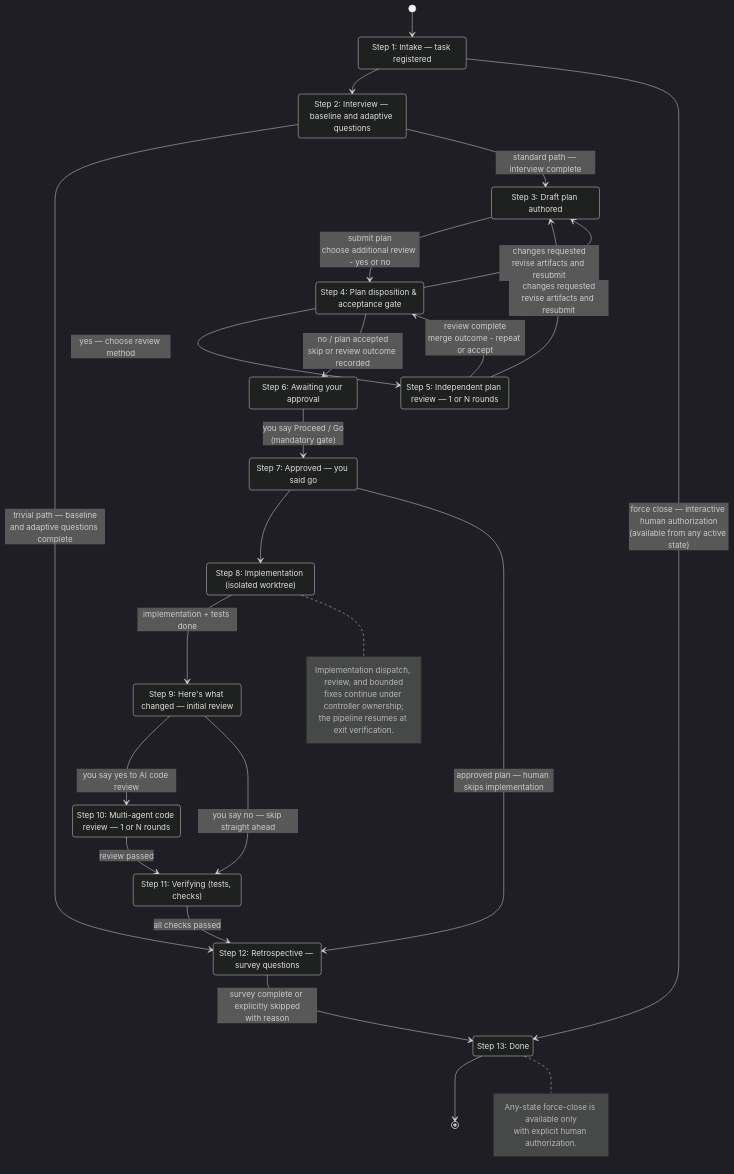
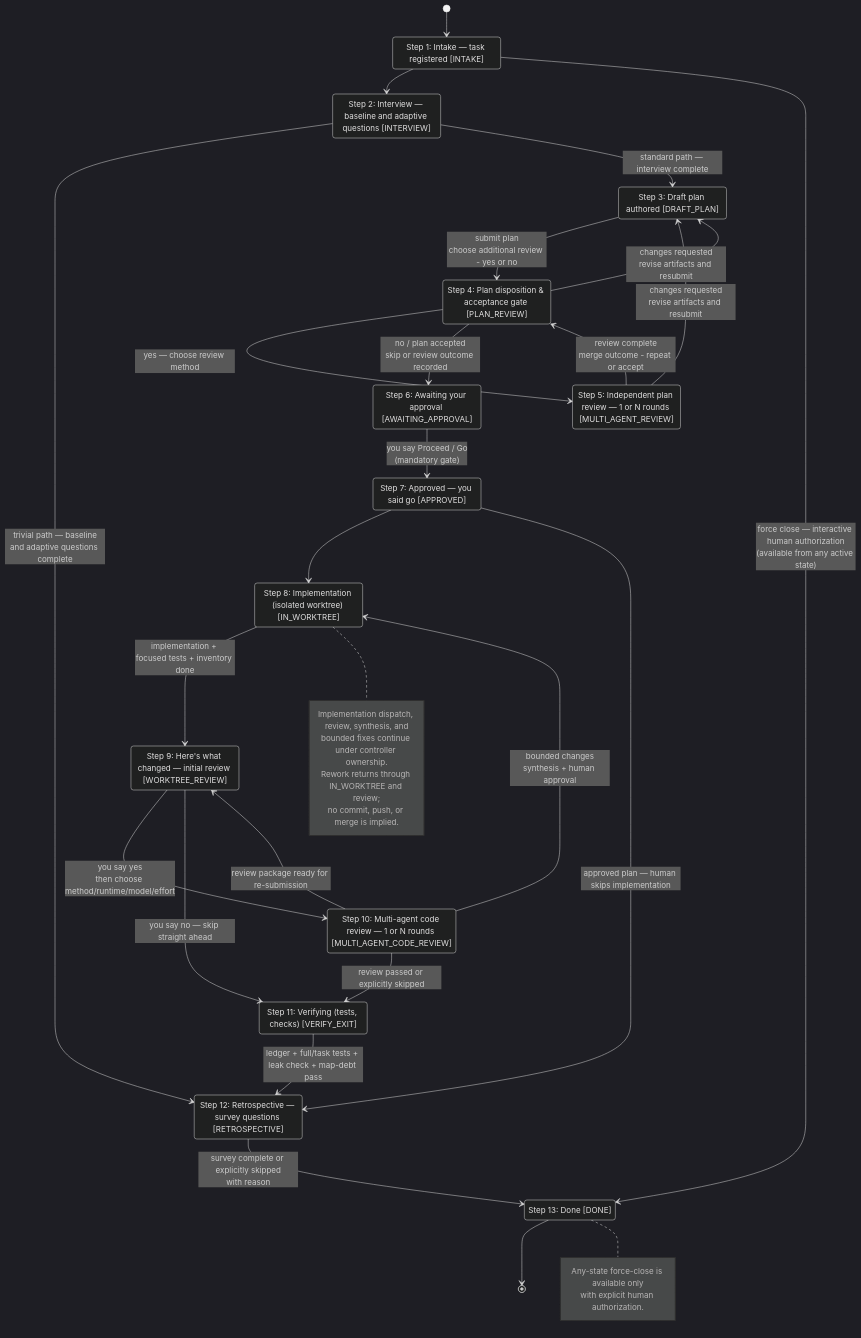
Before and after one commit to richfrem/agent-plugins-skills: the diagram in docs/diagrams/control-plane-pipeline-happy-path.mermaid, drawn with Mermaid (dark theme). The commit also changed 66 other files, not shown here.

```diff
--- a/docs/diagrams/control-plane-pipeline-happy-path.mermaid
+++ b/docs/diagrams/control-plane-pipeline-happy-path.mermaid
@@ -1,47 +1,50 @@
 stateDiagram-v2
-    state "Step 1: Intake — task registered" as INTAKE
-    state "Step 2: Interview — baseline and adaptive questions" as INTERVIEW
-    state "Step 3: Draft plan authored" as DRAFT_PLAN
-    state "Step 4: Plan disposition & acceptance gate" as PLAN_REVIEW
-    state "Step 5: Independent plan review — 1 or N rounds" as MULTI_AGENT_REVIEW
-    state "Step 6: Awaiting your approval" as AWAITING_APPROVAL
-    state "Step 7: Approved — you said go" as APPROVED
-    state "Step 8: Implementation (isolated worktree)" as IN_WORKTREE
-    state "Step 9: Here's what changed — initial review" as WORKTREE_REVIEW
-    state "Step 10: Multi-agent code review — 1 or N rounds" as MULTI_AGENT_CODE_REVIEW
-    state "Step 11: Verifying (tests, checks)" as VERIFY_EXIT
-    state "Step 12: Retrospective — survey questions" as RETROSPECTIVE
-    state "Step 13: Done" as DONE
+    state "Step 1: Intake — task registered [INTAKE]" as INTAKE
+    state "Step 2: Interview — baseline and adaptive questions [INTERVIEW]" as INTERVIEW
+    state "Step 3: Draft plan authored [DRAFT_PLAN]" as DRAFT_PLAN
+    state "Step 4: Plan disposition & acceptance gate [PLAN_REVIEW]" as PLAN_REVIEW
+    state "Step 5: Independent plan review — 1 or N rounds [MULTI_AGENT_REVIEW]" as MULTI_AGENT_REVIEW
+    state "Step 6: Awaiting your approval [AWAITING_APPROVAL]" as AWAITING_APPROVAL
+    state "Step 7: Approved — you said go [APPROVED]" as APPROVED
+    state "Step 8: Implementation (isolated worktree) [IN_WORKTREE]" as IN_WORKTREE
+    state "Step 9: Here's what changed — initial review [WORKTREE_REVIEW]" as WORKTREE_REVIEW
+    state "Step 10: Multi-agent code review — 1 or N rounds [MULTI_AGENT_CODE_REVIEW]" as MULTI_AGENT_CODE_REVIEW
+    state "Step 11: Verifying (tests, checks) [VERIFY_EXIT]" as VERIFY_EXIT
+    state "Step 12: Retrospective — survey questions [RETROSPECTIVE]" as RETROSPECTIVE
+    state "Step 13: Done [DONE]" as DONE
 
     [*] --> INTAKE
     INTAKE --> INTERVIEW
     INTERVIEW --> RETROSPECTIVE : trivial path — baseline<br/>and adaptive questions complete
     INTERVIEW --> DRAFT_PLAN : standard path — interview complete
     DRAFT_PLAN --> PLAN_REVIEW : submit plan<br/>choose additional review - yes or no
     PLAN_REVIEW --> MULTI_AGENT_REVIEW : yes — choose review method
     PLAN_REVIEW --> AWAITING_APPROVAL : no / plan accepted<br/>skip or review outcome recorded
     PLAN_REVIEW --> DRAFT_PLAN : changes requested<br/>revise artifacts and resubmit
     MULTI_AGENT_REVIEW --> PLAN_REVIEW : review complete<br/>merge outcome - repeat or accept
     MULTI_AGENT_REVIEW --> DRAFT_PLAN : changes requested<br/>revise artifacts and resubmit
     AWAITING_APPROVAL --> APPROVED : you say Proceed / Go<br/>(mandatory gate)
     APPROVED --> IN_WORKTREE
     APPROVED --> RETROSPECTIVE : approved plan — human skips implementation
-    IN_WORKTREE --> WORKTREE_REVIEW : implementation + tests done
-    WORKTREE_REVIEW --> MULTI_AGENT_CODE_REVIEW : you say yes to AI code review
+    IN_WORKTREE --> WORKTREE_REVIEW : implementation + focused tests + inventory done
+    WORKTREE_REVIEW --> MULTI_AGENT_CODE_REVIEW : you say yes<br/>then choose method/runtime/model/effort
     WORKTREE_REVIEW --> VERIFY_EXIT : you say no — skip straight ahead
-    MULTI_AGENT_CODE_REVIEW --> VERIFY_EXIT : review passed
-    VERIFY_EXIT --> RETROSPECTIVE : all checks passed
+    MULTI_AGENT_CODE_REVIEW --> WORKTREE_REVIEW : review package ready for re-submission
+    MULTI_AGENT_CODE_REVIEW --> IN_WORKTREE : bounded changes<br/>synthesis + human approval
+    MULTI_AGENT_CODE_REVIEW --> VERIFY_EXIT : review passed or explicitly skipped
+    VERIFY_EXIT --> RETROSPECTIVE : ledger + full/task tests + leak check + map-debt pass
     RETROSPECTIVE --> DONE : survey complete or explicitly skipped<br/>with reason
     INTAKE --> DONE : force close — interactive human authorization<br/>(available from any active state)
     DONE --> [*]
 
     note right of DONE
         Any-state force-close is available only
         with explicit human authorization.
     end note
 
     note right of IN_WORKTREE
-        Implementation dispatch, review, and bounded
-        fixes continue under controller ownership;
-        the pipeline resumes at exit verification.
+        Implementation dispatch, review, synthesis, and
+        bounded fixes continue under controller ownership.
+        Rework returns through IN_WORKTREE and review;
+        no commit, push, or merge is implied.
     end note
```
